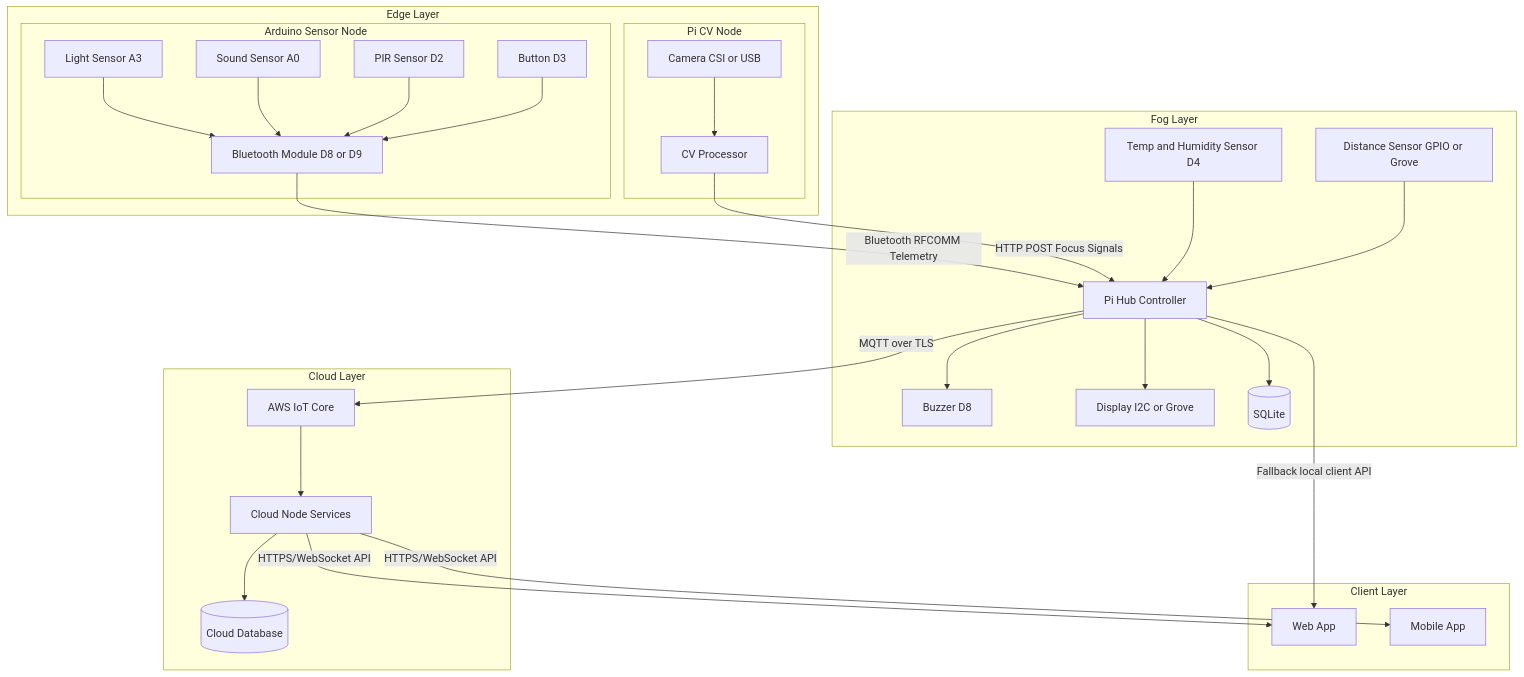
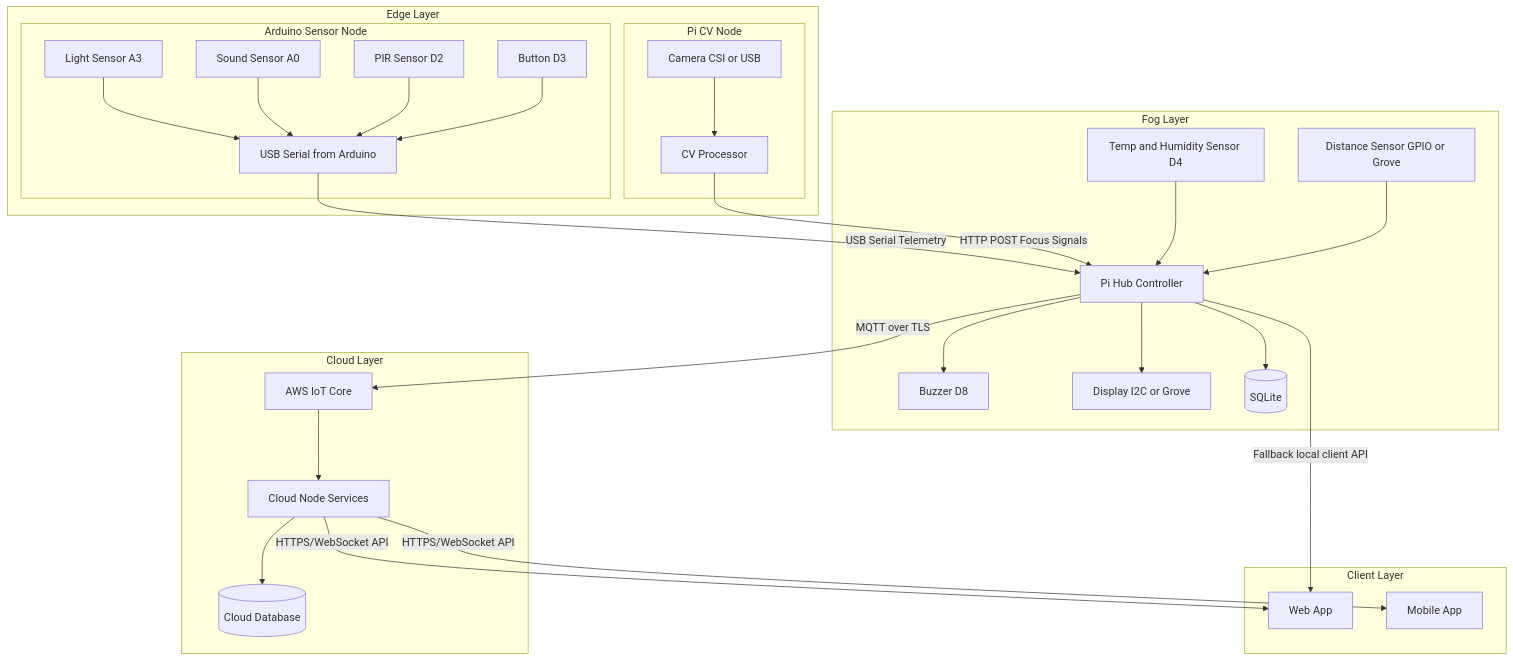
One commit to MichalisCYP/CMT223 changed the first of 2 diagrams in docs/2. Architecture and Design/SystemArchitecture.md. Above: the diagram before and after it, drawn with Mermaid. The commit also changed other lines of this file and 15 other files, not shown here.

Commit message:
usb serial over bluetooth - more stable

````diff
--- a/docs/2. Architecture and Design/SystemArchitecture.md
+++ b/docs/2. Architecture and Design/SystemArchitecture.md
@@ -14,58 +14,58 @@
 ```mermaid
 flowchart TB
     subgraph EDGE[Edge Layer]
         subgraph ARD[Arduino Sensor Node]
             ALS[Light Sensor A3]
             ASD[Sound Sensor A0]
             APIR[PIR Sensor D2]
             ABTN[Button D3]
-            ABT[Bluetooth Module D8 or D9]
+            ABT[USB Serial from Arduino]
         end
 
         subgraph CV[Pi CV Node]
             CAM[Camera CSI or USB]
             CVP[CV Processor]
         end
     end
 
     subgraph FOG[Fog Layer]
         H[Pi Hub Controller]
         HTEMP[Temp and Humidity Sensor D4]
         HDIST[Distance Sensor GPIO or Grove]
         HBUZ[Buzzer D8]
         HDIS[Display I2C or Grove]
         DB[(SQLite)]
     end
 
     subgraph CLOUD[Cloud Layer]
         AWS[AWS IoT Core]
         CN[Cloud Node Services]
         CDB[(Cloud Database)]
     end
 
     subgraph CLIENT[Client Layer]
         WEB[Web App]
         MOB[Mobile App]
     end
 
     ALS --> ABT
     ASD --> ABT
     APIR --> ABT
     ABTN --> ABT
     CAM --> CVP
 
-    ABT -->|Bluetooth RFCOMM Telemetry| H
+    ABT -->|USB Serial Telemetry| H
     CVP -->|HTTP POST Focus Signals| H
     HTEMP --> H
     HDIST --> H
 
     H --> DB
     H --> HBUZ
     H --> HDIS
     H -->|MQTT over TLS| AWS
     AWS --> CN
     CN --> CDB
     CN -->|HTTPS/WebSocket API| WEB
     CN -->|HTTPS/WebSocket API| MOB
     H -->|Fallback local client API| WEB
 ```
````
